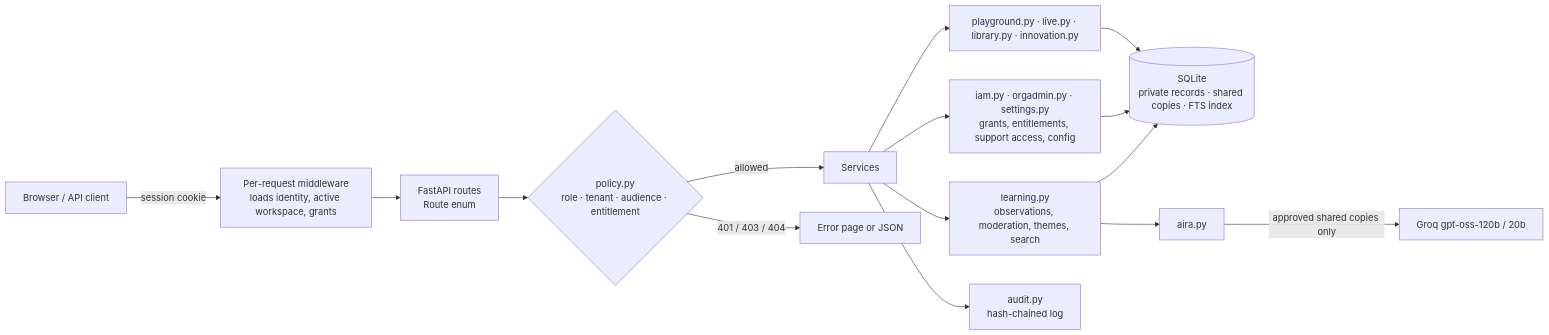
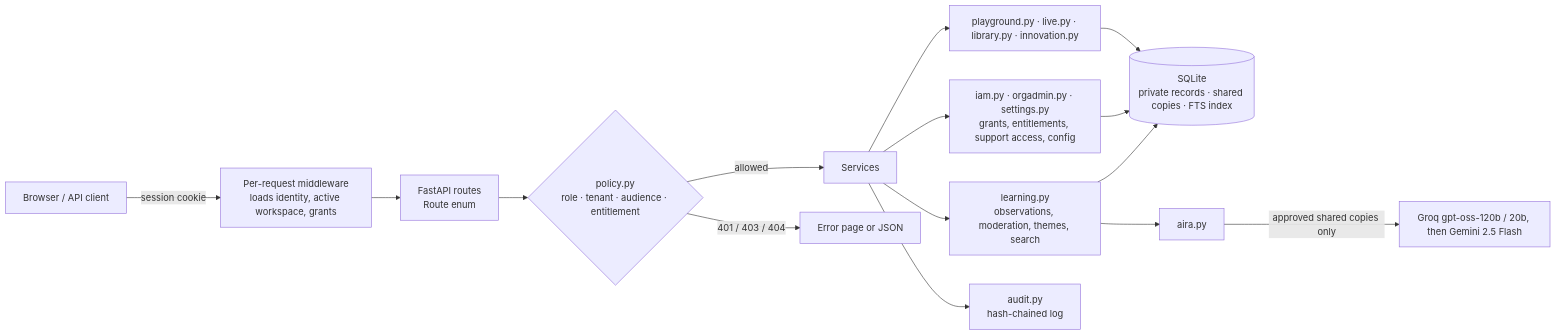
Before and after one commit to f20180039/azentio-portal: the first of 2 diagrams in README.md, drawn with Mermaid. The commit also changed other lines of this file and 9 other files, not shown here.

First line of the commit message:
AIRA: Gemini backup provider and multiple keys per provider

````diff
--- a/README.md
+++ b/README.md
@@ -27,16 +27,16 @@
 ```mermaid
 flowchart LR
   B[Browser / API client] -->|session cookie| MW[Per-request middleware<br/>loads identity, active workspace, grants]
   MW --> R[FastAPI routes<br/>Route enum]
   R --> P{policy.py<br/>role · tenant · audience · entitlement}
   P -->|allowed| S[Services]
   P -->|401 / 403 / 404| E[Error page or JSON]
   S --> L[learning.py<br/>observations, moderation, themes, search]
   S --> I[iam.py · orgadmin.py · settings.py<br/>grants, entitlements, support access, config]
   S --> X[playground.py · live.py · library.py · innovation.py]
   L --> DB[(SQLite<br/>private records · shared copies · FTS index)]
   I --> DB
   X --> DB
   S --> A[audit.py<br/>hash-chained log]
-  L --> AI[aira.py] -->|approved shared copies only| G[Groq gpt-oss-120b / 20b]
+  L --> AI[aira.py] -->|approved shared copies only| G[Groq gpt-oss-120b / 20b, then Gemini 2.5 Flash]
 ```
````
